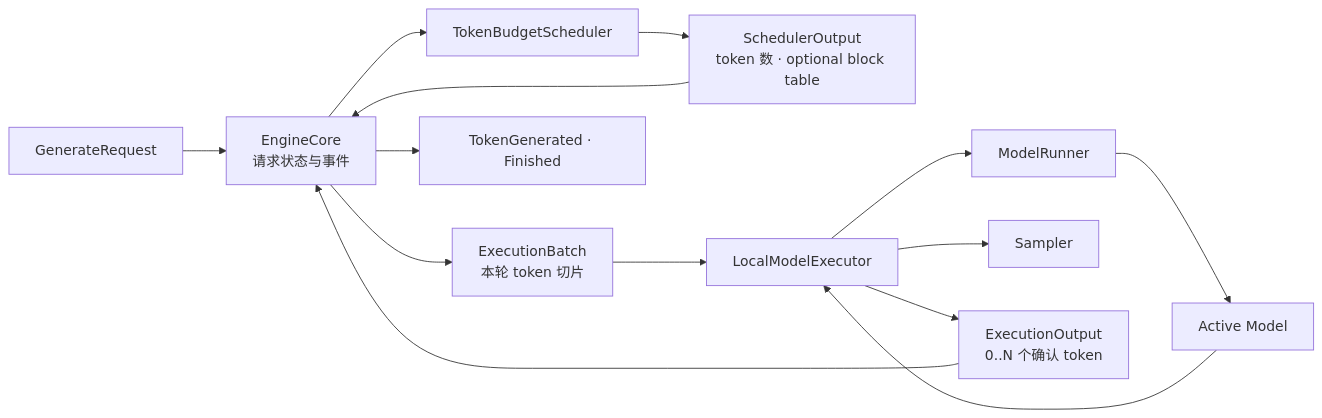
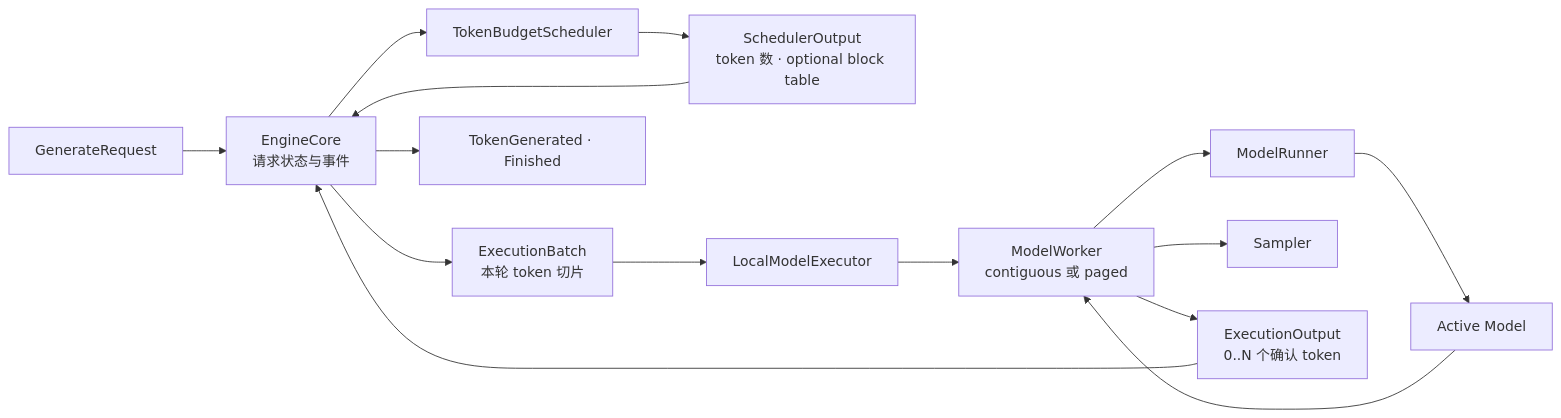
One commit to poorpaper/light-vllm changed the first of 3 diagrams in docs/architecture.md. Above: the diagram before and after it, drawn with Mermaid. The commit also changed other lines of this file and 4 other files, not shown here.

Commit message:
docs: define paged worker architecture

````diff
--- a/docs/architecture.md
+++ b/docs/architecture.md
@@ -25,16 +25,17 @@
 ```mermaid
 flowchart LR
     Request["GenerateRequest"] --> Core["EngineCore<br/>请求状态与事件"]
     Core --> Scheduler["TokenBudgetScheduler"]
     Scheduler --> Plan["SchedulerOutput<br/>token 数 · optional block table"]
     Plan --> Core
     Core --> Batch["ExecutionBatch<br/>本轮 token 切片"]
     Batch --> Executor["LocalModelExecutor"]
-    Executor --> Runner["ModelRunner"]
+    Executor --> Worker["ModelWorker<br/>contiguous 或 paged"]
+    Worker --> Runner["ModelRunner"]
     Runner --> Model["Active Model"]
-    Model --> Executor
-    Executor --> Sampler["Sampler"]
-    Executor --> Output["ExecutionOutput<br/>0..N 个确认 token"]
+    Model --> Worker
+    Worker --> Sampler["Sampler"]
+    Worker --> Output["ExecutionOutput<br/>0..N 个确认 token"]
     Output --> Core
     Core --> Events["TokenGenerated · Finished"]
 ```
````
